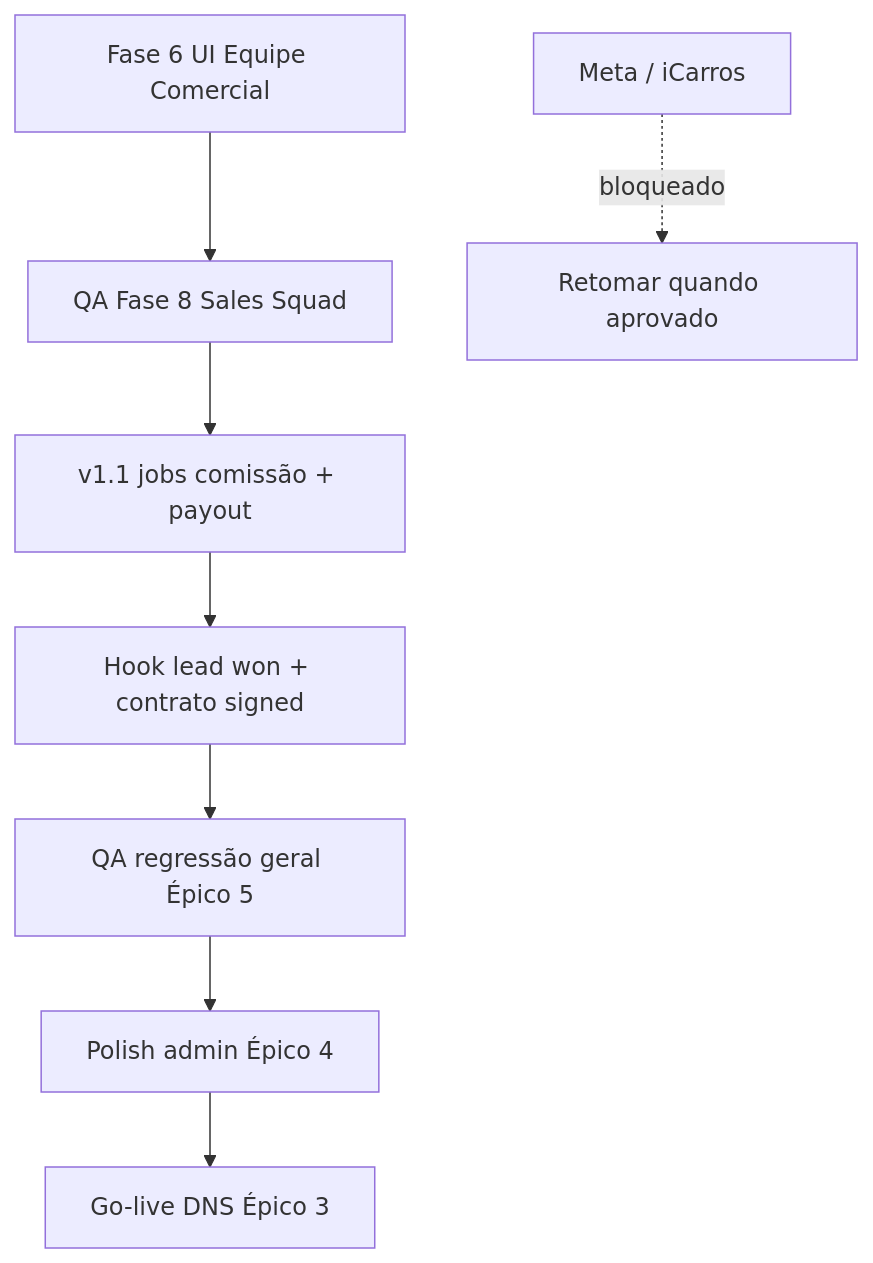
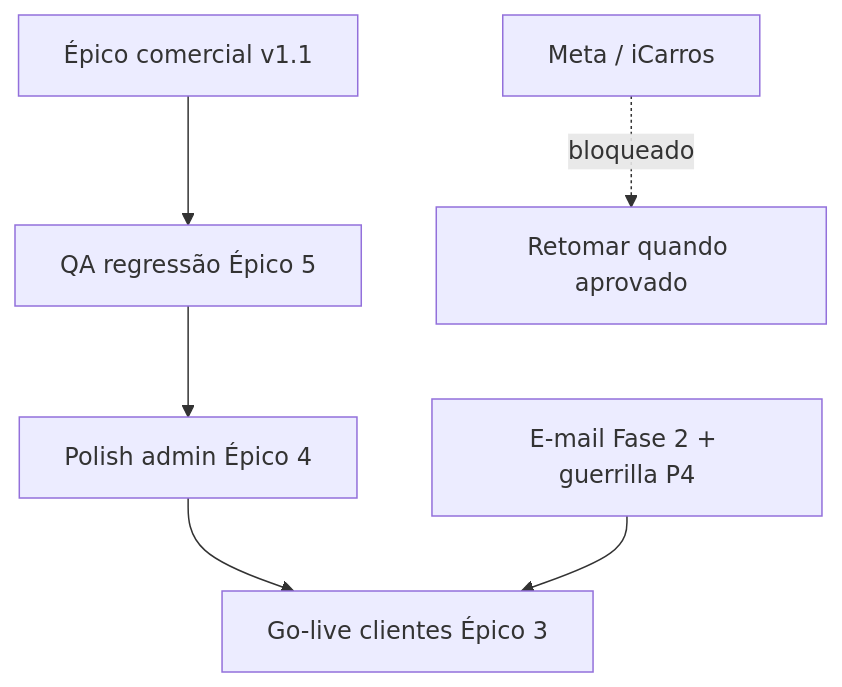
Before and after one commit to jguiotti/auto-painel: the diagram in packages/shared/docs/PLATFORM_BACKLOG_REMAINING.md, drawn with Mermaid. The commit also changed other lines of this file and 24 other files, not shown here.

````diff
--- a/packages/shared/docs/PLATFORM_BACKLOG_REMAINING.md
+++ b/packages/shared/docs/PLATFORM_BACKLOG_REMAINING.md
@@ -84,10 +83,8 @@
 ```mermaid
 flowchart TD
-  A[Fase 6 UI Equipe Comercial] --> B[QA Fase 8 Sales Squad]
-  B --> C[v1.1 jobs comissão + payout]
-  C --> D[Hook lead won + contrato signed]
-  D --> E[QA regressão geral Épico 5]
-  E --> F[Polish admin Épico 4]
-  F --> G[Go-live DNS Épico 3]
-  H[Meta / iCarros] -. bloqueado .-> I[Retomar quando aprovado]
+  A[Épico comercial v1.1] --> B[QA regressão Épico 5]
+  B --> C[Polish admin Épico 4]
+  C --> D[Go-live clientes Épico 3]
+  E[E-mail Fase 2 + guerrilla P4] --> D
+  F[Meta / iCarros] -. bloqueado .-> G[Retomar quando aprovado]
 ```
````
